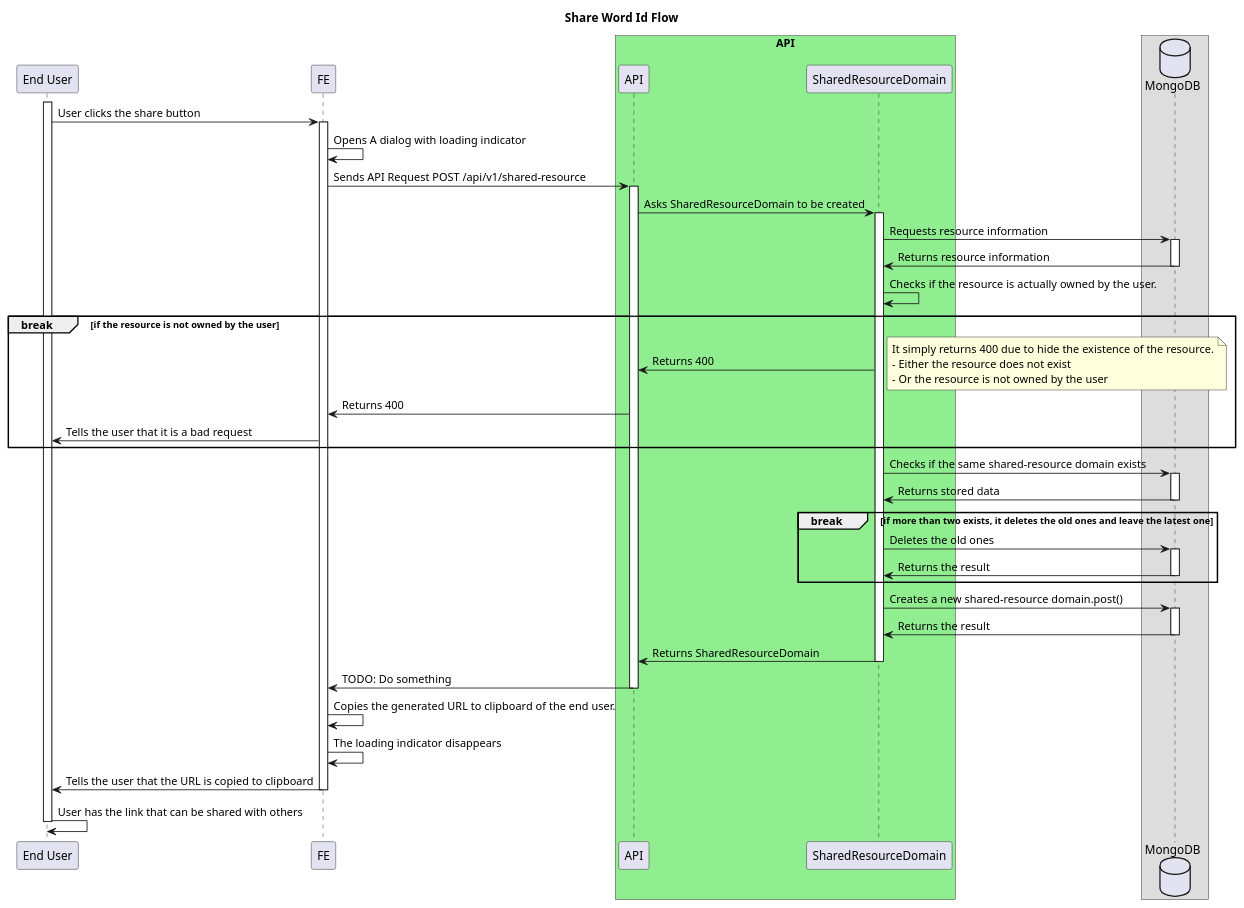
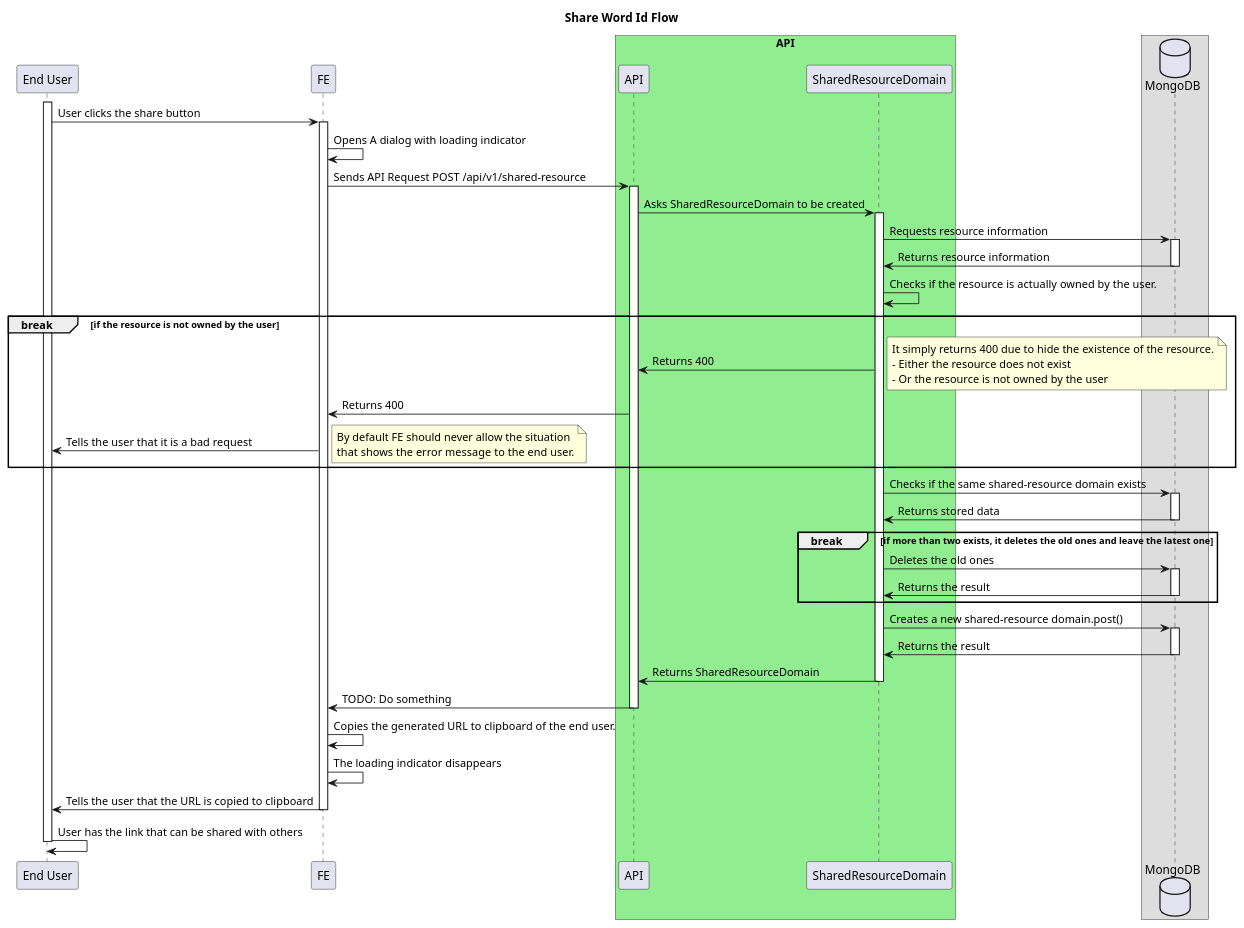
The diagram in api/share-feature.md (ajktown/docs), drawn with PlantUML before and after one commit.

````diff
--- a/api/share-feature.md
+++ b/api/share-feature.md
@@ -19,64 +19,68 @@
 ```plantuml
 
 @startuml
 
 title Share Word Id Flow
 
 participant "End User" as user
 participant "FE" as fe
 box "API" #Lightgreen
   participant "API" as api
   participant "SharedResourceDomain" as domain
 box
 database "MongoDB" as db
 
 activate user
   user -> fe: User clicks the share button
   activate fe
     fe -> fe: Opens A dialog with loading indicator
     fe -> api: Sends API Request POST /api/v1/shared-resource
     activate api
       api -> domain: Asks SharedResourceDomain to be created
       activate domain
         domain -> db: Requests resource information
         activate db
           domain <- db: Returns resource information
         deactivate db
         domain -> domain: Checks if the resource is actually owned by the user.
         break if the resource is not owned by the user
           api <- domain: Returns 400
           note right
             It simply returns 400 due to hide the existence of the resource.
             - Either the resource does not exist
             - Or the resource is not owned by the user
           end note
           fe <- api: Returns 400
           user <- fe: Tells the user that it is a bad request
+          note right
+            By default FE should never allow the situation
+            that shows the error message to the end user.
+          end note
         end break
         domain -> db: Checks if the same shared-resource domain exists
         activate db
           domain <- db: Returns stored data
         deactivate db
         break if more than two exists, it deletes the old ones and leave the latest one
           domain -> db: Deletes the old ones
           activate db
             domain <- db: Returns the result
           deactivate db
         end break
         domain -> db: Creates a new shared-resource domain.post()
         activate db
           domain <- db: Returns the result
         deactivate db
         api <- domain: Returns SharedResourceDomain
       deactivate domain
       fe <- api: TODO: Do something
     deactivate api
   fe -> fe: Copies the generated URL to clipboard of the end user.
   fe -> fe: The loading indicator disappears
   user <- fe: Tells the user that the URL is copied to clipboard
   deactivate fe
   user -> user: User has the link that can be shared with others
 deactivate user
 
 
 ```
````
